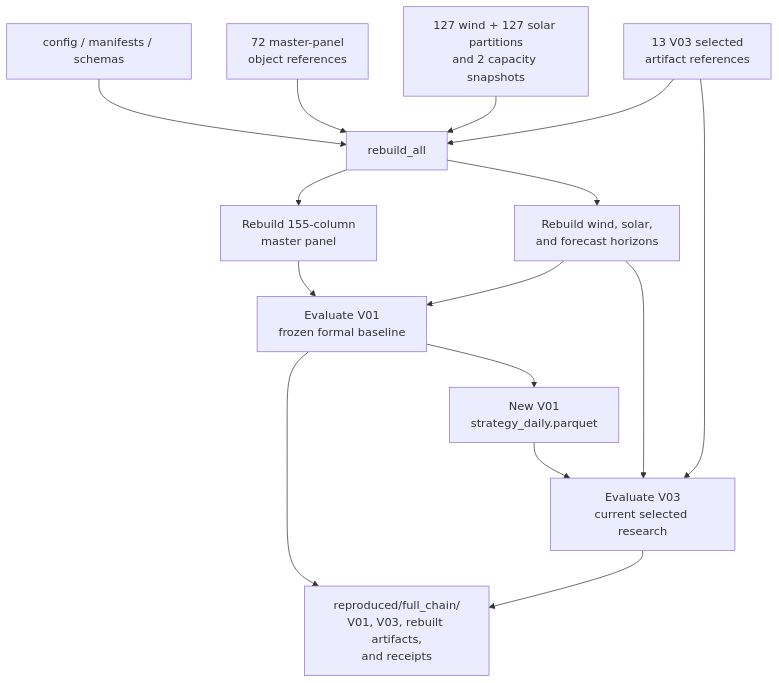
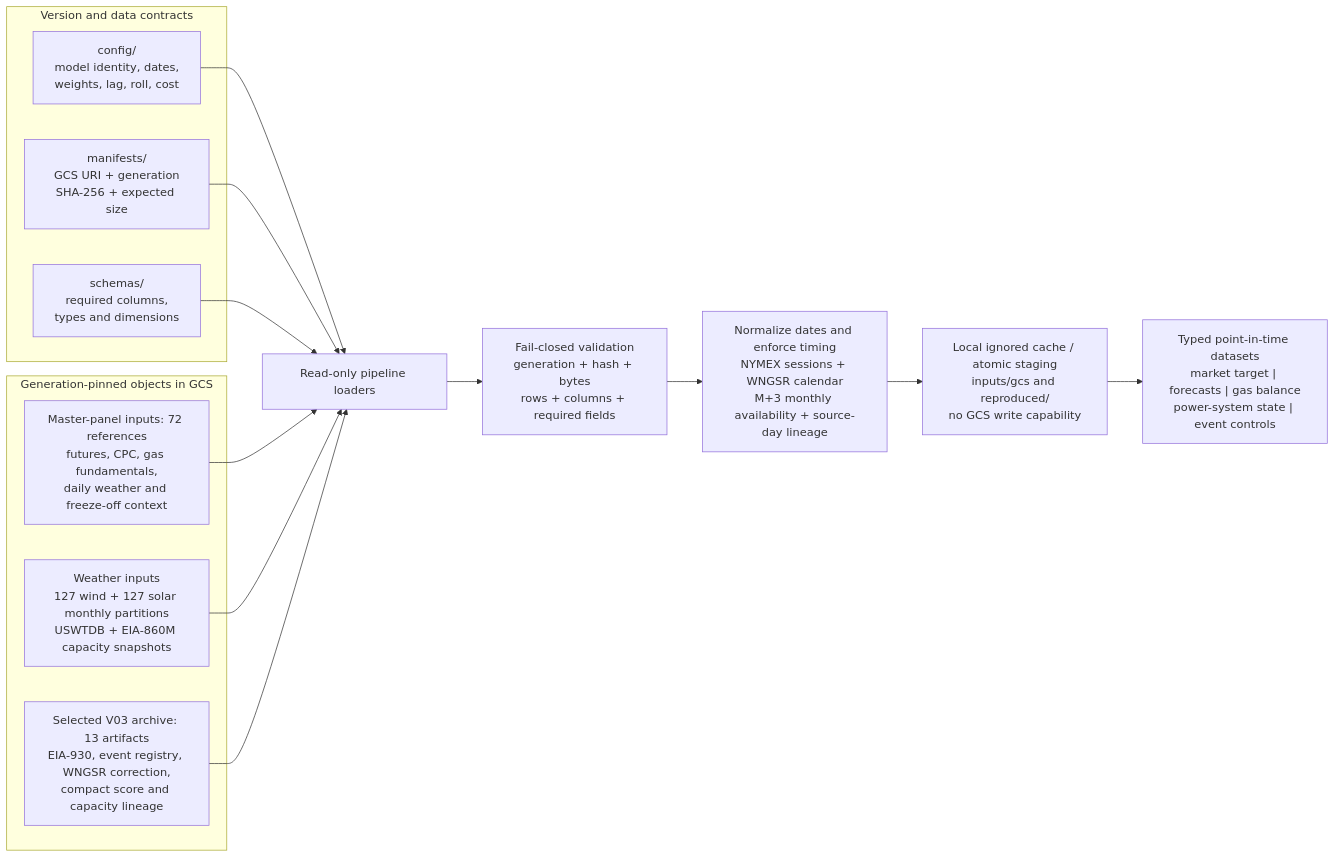
Before and after one commit to Shuhan-yang-math/henry-hub-natural-gas: the first of 3 diagrams in README.md, drawn with Mermaid. The commit also changed other lines of this file, not shown here.

Commit message:
docs: document strategy data and trading flow

````diff
--- a/README.md
+++ b/README.md
@@ -212,21 +214,26 @@
 ```mermaid
-flowchart TB
-    CONFIG["config / manifests / schemas"] --> ALL["rebuild_all"]
-    PANEL_INPUTS["72 master-panel<br/>object references"] --> ALL
-    WEATHER_INPUTS["127 wind + 127 solar partitions<br/>and 2 capacity snapshots"] --> ALL
-    SELECTED_INPUTS["13 V03 selected<br/>artifact references"] --> ALL
+flowchart LR
+    subgraph CONTRACTS["Version and data contracts"]
+        CONFIG["config/<br/>model identity, dates,<br/>weights, lag, roll, cost"]
+        MANIFESTS["manifests/<br/>GCS URI + generation<br/>SHA-256 + expected size"]
+        SCHEMAS["schemas/<br/>required columns,<br/>types and dimensions"]
+    end
 
-    ALL --> PANEL["Rebuild 155-column<br/>master panel"]
-    ALL --> WEATHER["Rebuild wind, solar,<br/>and forecast horizons"]
+    subgraph GCS["Generation-pinned objects in GCS"]
+        PANEL["Master-panel inputs: 72 references<br/>futures, CPC, gas fundamentals,<br/>daily weather and freeze-off context"]
+        WEATHER["Weather inputs<br/>127 wind + 127 solar monthly partitions<br/>USWTDB + EIA-860M capacity snapshots"]
+        SELECTED["Selected V03 archive: 13 artifacts<br/>EIA-930, event registry, WNGSR correction,<br/>compact score and capacity lineage"]
+    end
 
-    PANEL --> V01["Evaluate V01<br/>frozen formal baseline"]
-    WEATHER --> V01
-    V01 --> V01_DAILY["New V01<br/>strategy_daily.parquet"]
+    CONFIG --> READER["Read-only pipeline loaders"]
+    MANIFESTS --> READER
+    SCHEMAS --> READER
+    PANEL --> READER
+    WEATHER --> READER
+    SELECTED --> READER
 
-    V01_DAILY --> V03["Evaluate V03<br/>current selected research"]
-    WEATHER --> V03
-    SELECTED_INPUTS --> V03
-
-    V01 --> OUTPUT["reproduced/full_chain/<br/>V01, V03, rebuilt artifacts,<br/>and receipts"]
-    V03 --> OUTPUT
+    READER --> VERIFY["Fail-closed validation<br/>generation + hash + bytes<br/>rows + columns + required fields"]
+    VERIFY --> TIMING["Normalize dates and enforce timing<br/>NYMEX sessions + WNGSR calendar<br/>M+3 monthly availability + source-day lineage"]
+    TIMING --> STAGING["Local ignored cache / atomic staging<br/>inputs/gcs and reproduced/<br/>no GCS write capability"]
+    STAGING --> DATASETS["Typed point-in-time datasets<br/>market target | forecasts | gas balance<br/>power-system state | event controls"]
 ```
````
